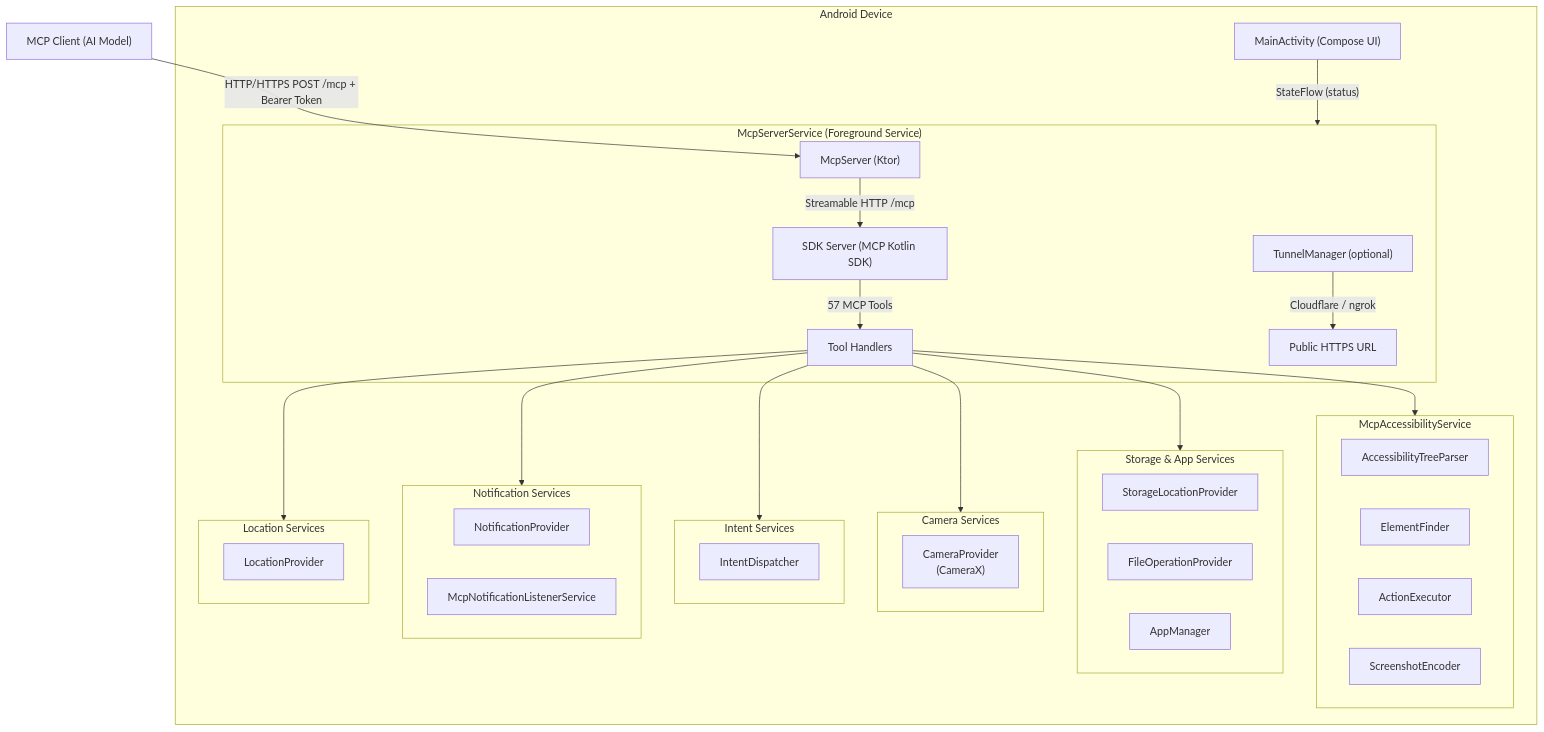
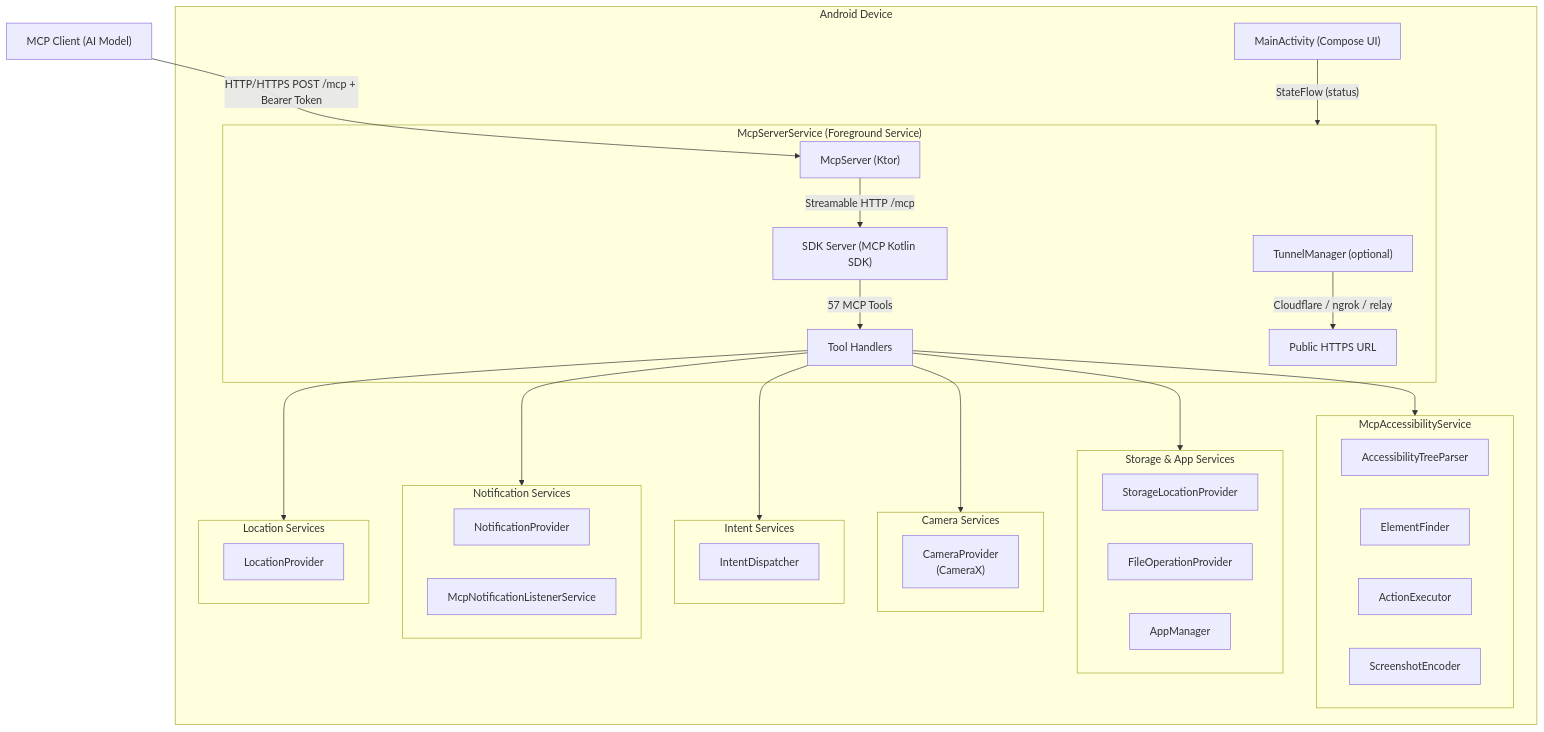
Before and after one commit to danielealbano/android-remote-control-mcp: the diagram in CONTRIBUTING.md, drawn with Mermaid. The commit also changed other lines of this file and 3 other files, not shown here.

First line of the commit message:
docs: describe the WebSocket relay tunnel provider

````diff
--- a/CONTRIBUTING.md
+++ b/CONTRIBUTING.md
@@ -152,55 +152,55 @@
 ```mermaid
 graph TB
     Client["MCP Client (AI Model)"]
     Client -->|"HTTP/HTTPS POST /mcp + Bearer Token"| McpServer
 
     subgraph Device["Android Device"]
         subgraph McpServerService["McpServerService (Foreground Service)"]
             McpServer["McpServer (Ktor)"]
             McpServer -->|"Streamable HTTP /mcp"| SDK["SDK Server (MCP Kotlin SDK)"]
             SDK -->|"57 MCP Tools"| Tools["Tool Handlers"]
             TunnelMgr["TunnelManager (optional)"]
-            TunnelMgr -->|"Cloudflare / ngrok"| PublicURL["Public HTTPS URL"]
+            TunnelMgr -->|"Cloudflare / ngrok / relay"| PublicURL["Public HTTPS URL"]
         end
 
         subgraph Accessibility["McpAccessibilityService"]
             TreeParser["AccessibilityTreeParser"]
             ElemFinder["ElementFinder"]
             ActionExec["ActionExecutor"]
             ScreenEnc["ScreenshotEncoder"]
         end
 
         subgraph Storage["Storage & App Services"]
             StorageProv["StorageLocationProvider"]
             FileOps["FileOperationProvider"]
             AppMgr["AppManager"]
         end
 
         subgraph CameraSvc["Camera Services"]
             CamProv["CameraProvider\n(CameraX)"]
         end
 
         subgraph IntentSvc["Intent Services"]
             IntentDisp["IntentDispatcher"]
         end
 
         subgraph NotifSvc["Notification Services"]
             NotifProv["NotificationProvider"]
             NotifListener["McpNotificationListenerService"]
         end
 
         subgraph LocSvc["Location Services"]
             LocProv["LocationProvider"]
         end
 
         MainActivity["MainActivity (Compose UI)"]
 
         Tools --> Accessibility
         Tools --> Storage
         Tools --> CameraSvc
         Tools --> IntentSvc
         Tools --> NotifSvc
         Tools --> LocSvc
         MainActivity -->|"StateFlow (status)"| McpServerService
     end
 ```
````
